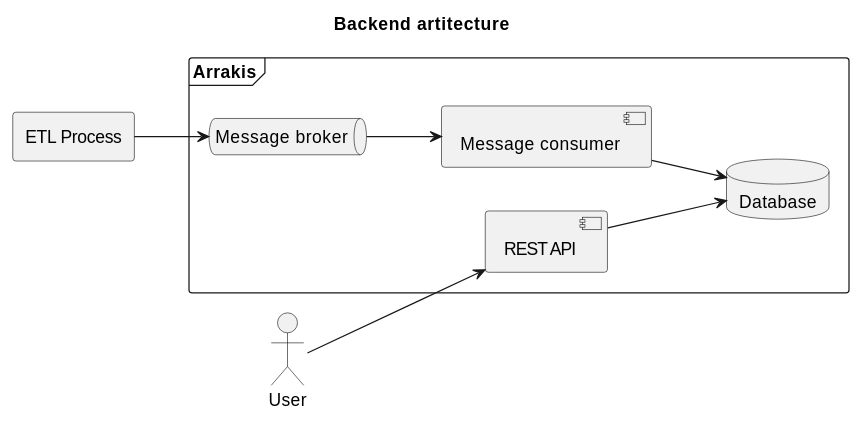
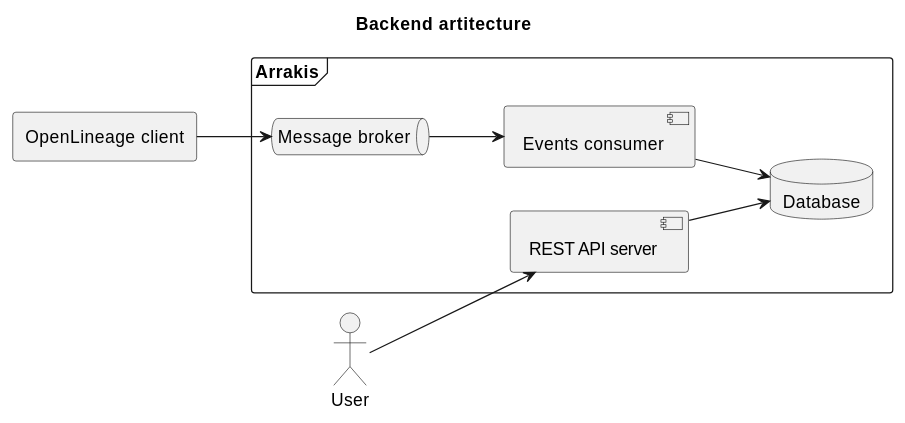
The diagram in docs/backend/architecture.rst (MobileTeleSystems/data-rentgen), drawn with PlantUML before and after one commit. The commit also changed other lines of this file and 184 other files, not shown here.

```diff
--- a/docs/backend/architecture.rst
+++ b/docs/backend/architecture.rst
@@ -6,26 +6,26 @@
 .. plantuml::
 
     @startuml
         title Backend artitecture
         skinparam linetype polyline
         left to right direction
 
-        agent "ETL Process"
-        actor "User"
+        agent "OpenLineage client" as CLIENT
+        actor "User" as USER
 
         frame "Arrakis" {
-            queue "Message broker"
-            component "Message consumer"
-            database "Database"
-            component "REST API"
+            queue "Message broker" as BROKER
+            component "Events consumer" as CONSUMER
+            database "Database" as DB
+            component "REST API server" as SERVER
         }
 
-        [ETL Process] --> [Message broker]
+        [CLIENT] --> [BROKER]
 
-        [Message broker] --> [Message consumer]
-        [Message consumer] --> [Database]
+        [BROKER] --> [CONSUMER]
+        [CONSUMER] --> [DB]
 
-        [User] --> [REST API]
-        [REST API] --> [Database]
+        [USER] --> [SERVER]
+        [SERVER] --> [DB]
 
     @enduml
```
